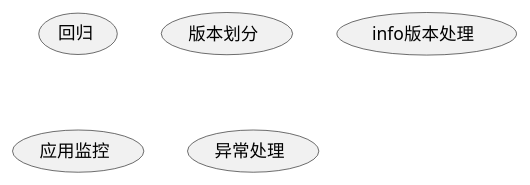
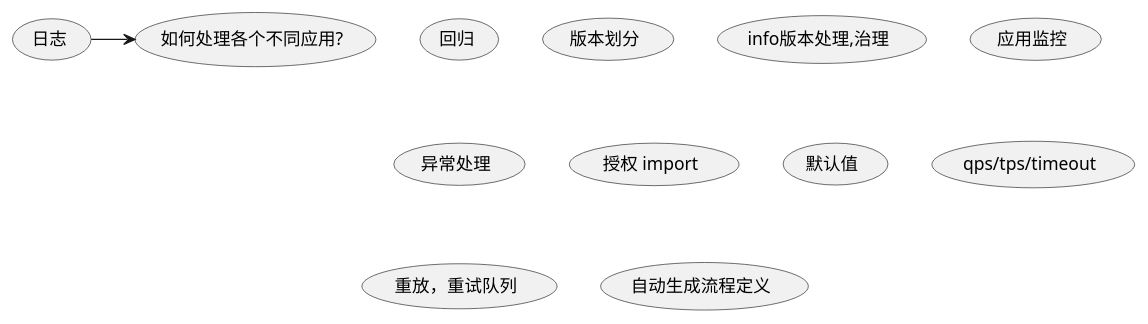
The diagram in uml/usecase.puml (941112341/staticBlog), drawn with PlantUML before and after one commit. The commit also changed 1 other file, not shown here.

```diff
--- a/uml/usecase.puml
+++ b/uml/usecase.puml
@@ -1,10 +1,14 @@
 @startuml
 
 (回归)
 (版本划分)
-(info版本处理)
+(info版本处理,治理)
 (应用监控)
 (异常处理)
-
-
+(日志) -> (如何处理各个不同应用?)
+(授权 import)
+(默认值)
+(qps/tps/timeout)
+(重放，重试队列)
+(自动生成流程定义)
 @enduml
```
